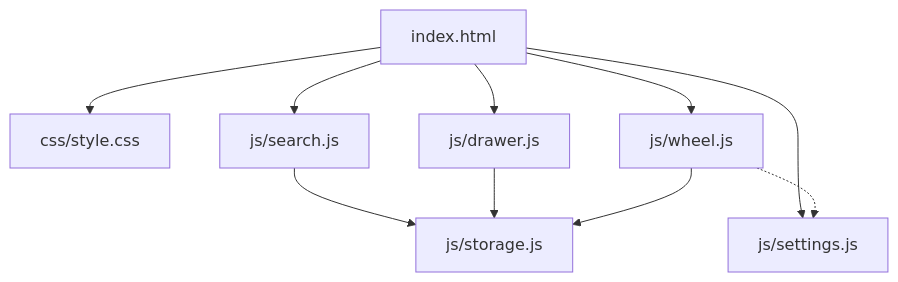
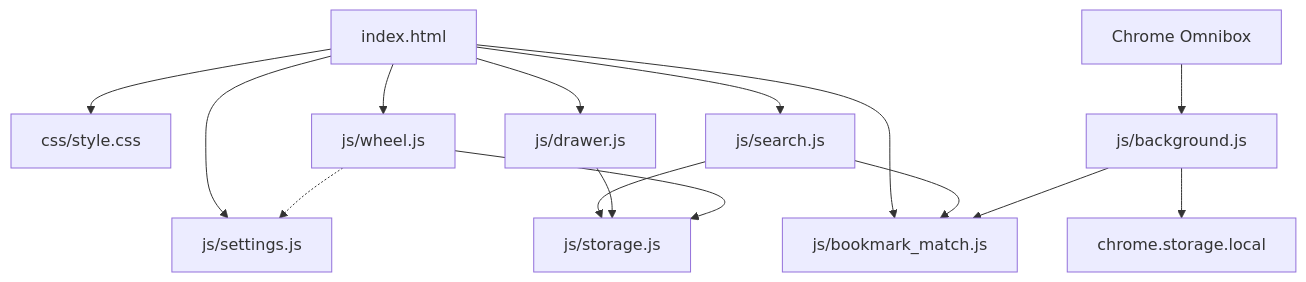
Before and after one commit to lesserafim4ever0502/Tabula: the diagram in CODEMAP.md, drawn with Mermaid. The commit also changed other lines of this file and 14 other files, not shown here.

Commit message:
Add omnibox bookmark launcher

````diff
--- a/CODEMAP.md
+++ b/CODEMAP.md
@@ -5,12 +5,17 @@
 ```mermaid
 graph TD
     A[index.html] --> B[css/style.css]
     A --> C[js/search.js]
+    A --> H[js/bookmark_match.js]
     A --> D[js/settings.js]
     A --> E[js/drawer.js]
     A --> G[js/wheel.js]
     C --> F[js/storage.js]
+    C --> H
+    I[js/background.js] --> H
+    I --> K[chrome.storage.local]
+    J[Chrome Omnibox] --> I
     E --> F
     G --> F
     G -.-> D
 ```
````
